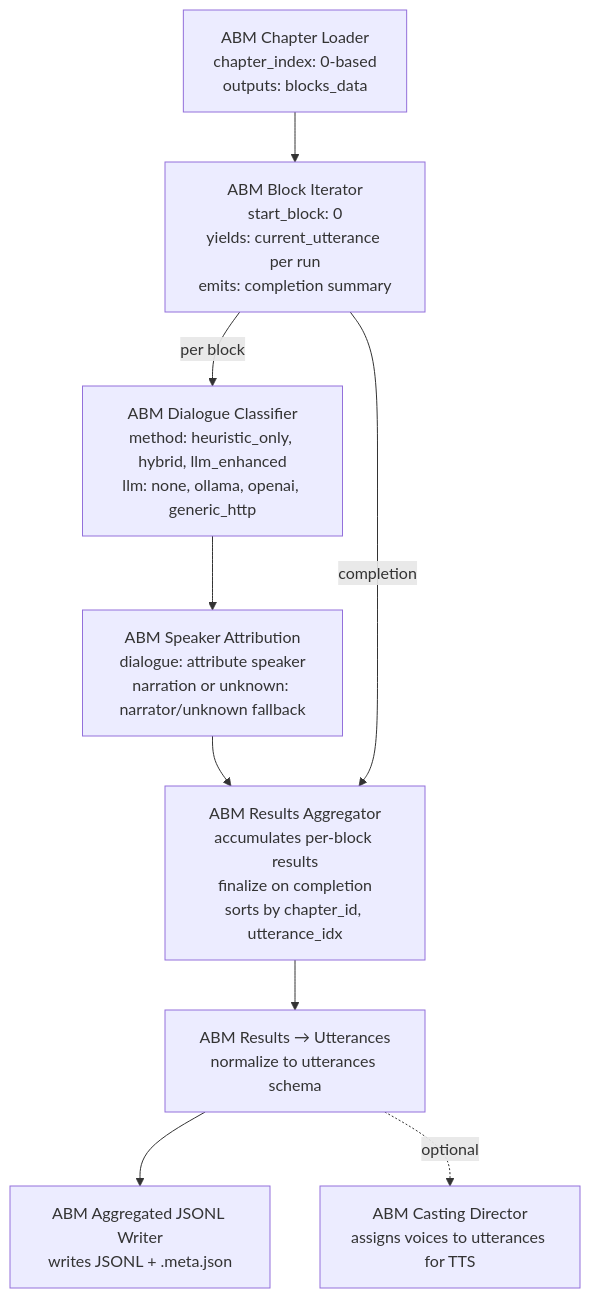
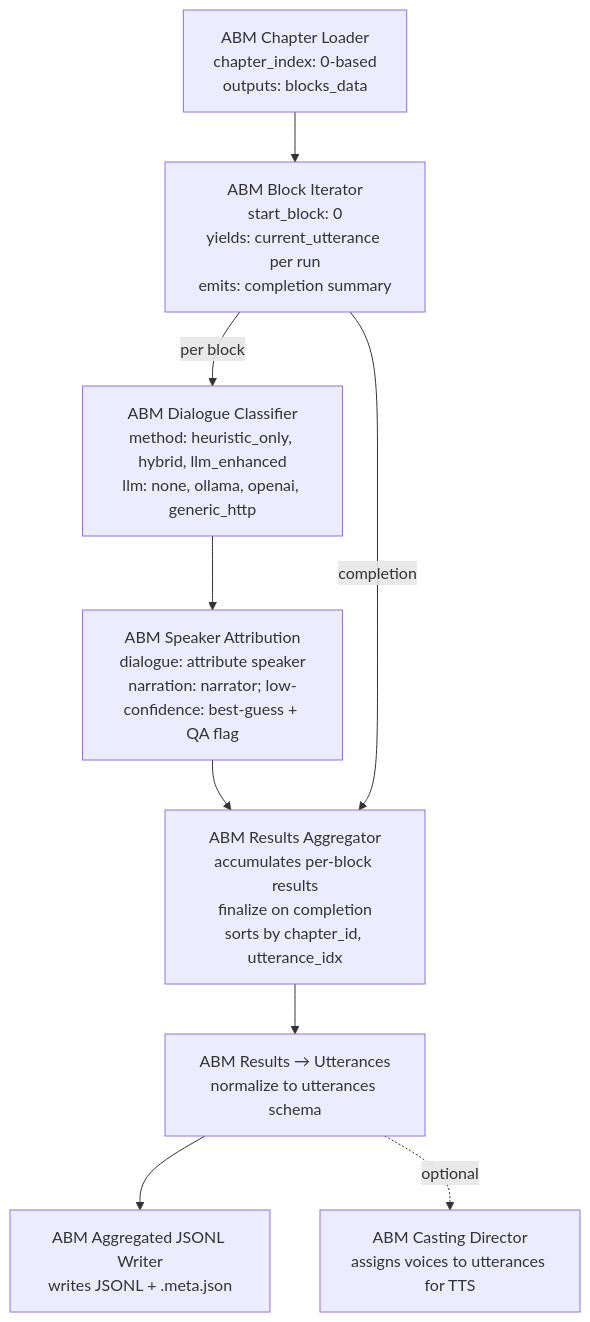
One commit to jwardwell7077/agent-audiobook-maker changed the diagram in docs/04-diagrams/flows/abm_langflow_minimal.mmd. Above: the diagram before and after it, drawn with Mermaid. The commit also changed 70 other files, not shown here.

Commit message:
docs: align to redesigned MVP (Parler/Piper, no UNKNOWN, local-first QA gating); consolidate vision; update schemas/flows/diagrams; remove two-agent legacy docs

```diff
--- a/docs/04-diagrams/flows/abm_langflow_minimal.mmd
+++ b/docs/04-diagrams/flows/abm_langflow_minimal.mmd
@@ -1,21 +1,21 @@
 flowchart TD
   %% 0-based: chapter_index, block_id, utterance_idx (utterance_idx == block_id)
   %% Aggregator restores order by (chapter_id, utterance_idx)
 
   A[ABM Chapter Loader<br/>chapter_index: 0-based<br/>outputs: blocks_data] --> B
 
   B[ABM Block Iterator<br/>start_block: 0<br/>yields: current_utterance per run<br/>emits: completion summary] -->|per block| C
 
   C[ABM Dialogue Classifier<br/>method: heuristic_only, hybrid, llm_enhanced<br/>llm: none, ollama, openai, generic_http] --> D
 
-  D[ABM Speaker Attribution<br/>dialogue: attribute speaker<br/>narration or unknown: narrator/unknown fallback] --> E
+  D[ABM Speaker Attribution<br/>dialogue: attribute speaker<br/>narration: narrator; low-confidence: best-guess + QA flag] --> E
 
   B -->|completion| E
 
   E[ABM Results Aggregator<br/>accumulates per-block results<br/>finalize on completion<br/>sorts by chapter_id, utterance_idx] --> F
 
   F[ABM Results → Utterances<br/>normalize to utterances schema] --> G
 
   G[ABM Aggregated JSONL Writer<br/>writes JSONL + .meta.json]
 
   F -.->|optional| H[ABM Casting Director<br/>assigns voices to utterances for TTS]
```
